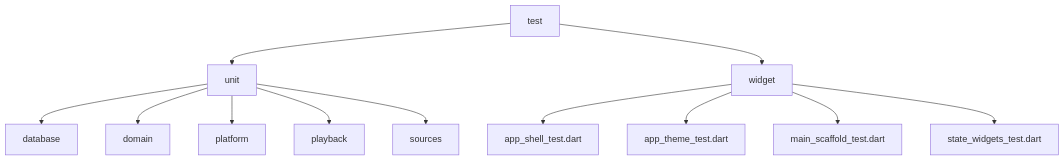
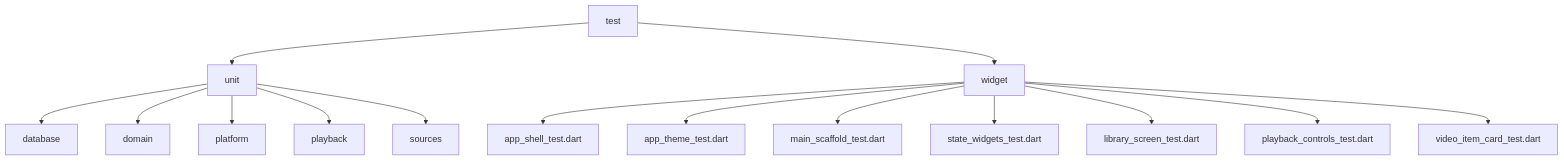
The first of 14 diagrams in .qoder/repowiki/en/content/Testing Strategy.md (Rana76-u/mytube), drawn with Mermaid before and after one commit. The commit also changed other lines of this file and 62 other files, not shown here.

````diff
--- a/.qoder/repowiki/en/content/Testing Strategy.md
+++ b/.qoder/repowiki/en/content/Testing Strategy.md
@@ -53,14 +66,17 @@
 ```mermaid
 graph TB
 TestRoot["test"] --> Unit["unit"]
 TestRoot --> Widget["widget"]
 Unit --> Database["database"]
 Unit --> Domain["domain"]
 Unit --> Platform["platform"]
 Unit --> Playback["playback"]
 Unit --> Sources["sources"]
 Widget --> Shell["app_shell_test.dart"]
 Widget --> Theme["app_theme_test.dart"]
 Widget --> Scaffold["main_scaffold_test.dart"]
 Widget --> StateWidgets["state_widgets_test.dart"]
+Widget --> Library["library_screen_test.dart"]
+Widget --> Controls["playback_controls_test.dart"]
+Widget --> Cards["video_item_card_test.dart"]
 ```
````
